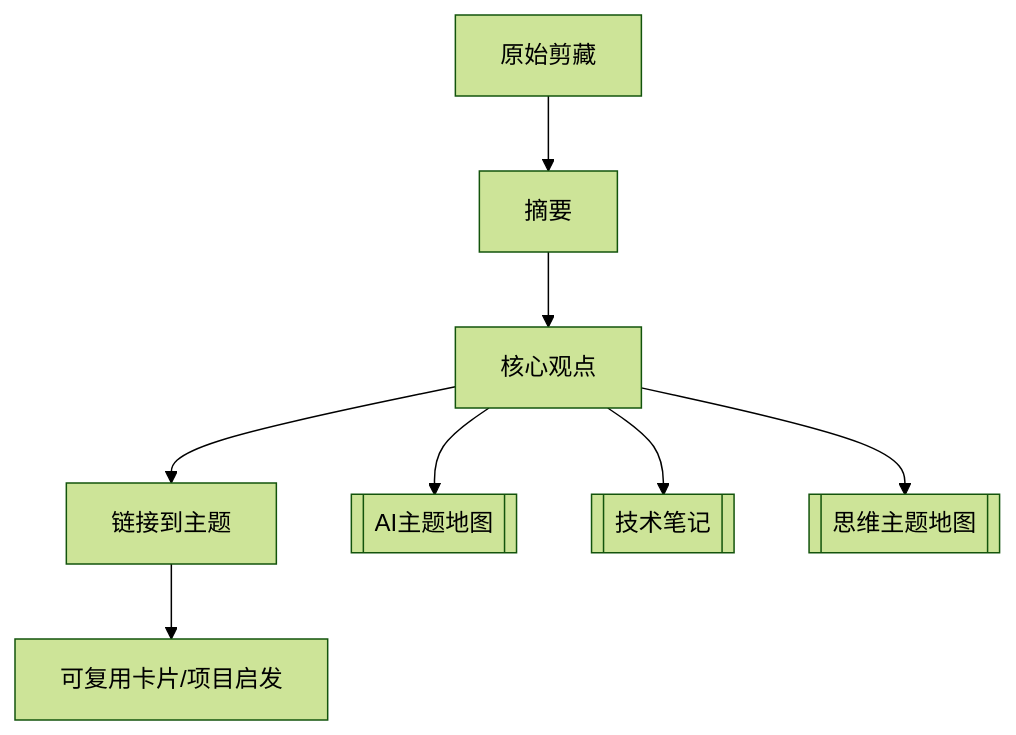
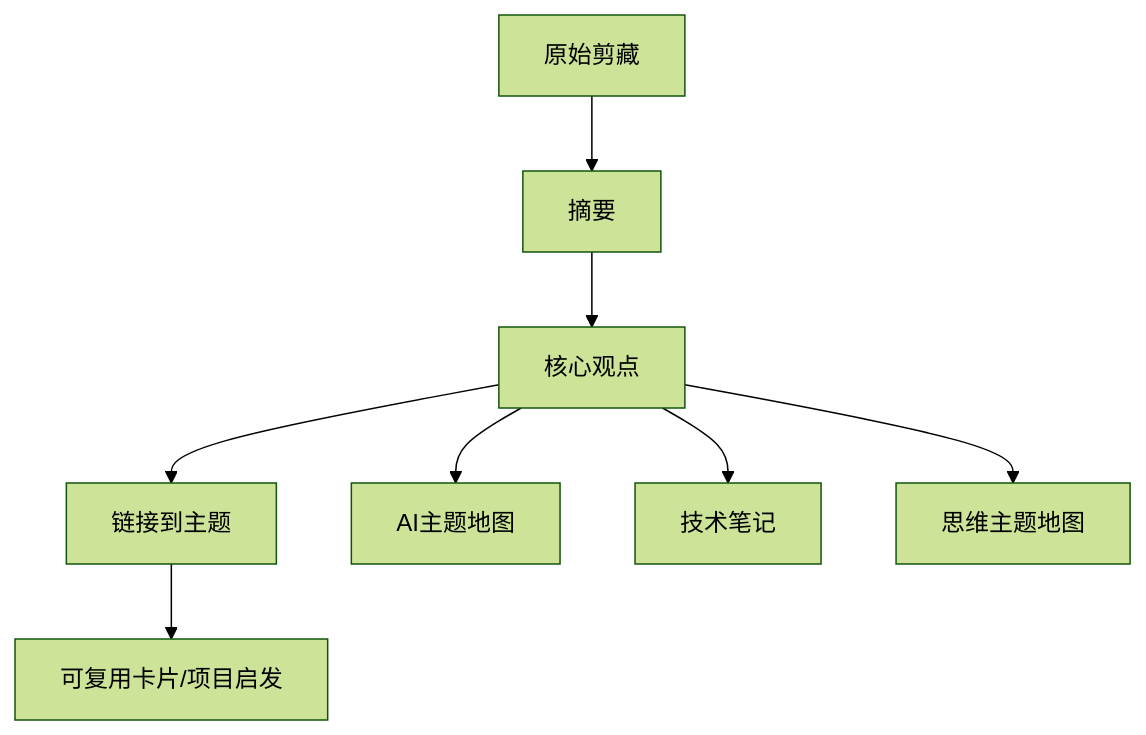
One commit to mjs618/Obsidian changed the diagram in 80-Clippings/剪藏处理台.md. Above: the diagram before and after it, drawn with Mermaid (forest theme). The commit also changed 43 other files, not shown here.

````diff
--- a/80-Clippings/剪藏处理台.md
+++ b/80-Clippings/剪藏处理台.md
@@ -22,11 +22,11 @@
 ```mermaid
 flowchart TD
     Clip[原始剪藏] --> Summary[摘要]
     Summary --> Claims[核心观点]
     Claims --> Links[链接到主题]
     Links --> Output[可复用卡片/项目启发]
 
-    Claims --> AI[[AI主题地图]]
-    Claims --> Tech[[技术笔记]]
-    Claims --> Thinking[[思维主题地图]]
+    Claims --> AI["AI主题地图"]
+    Claims --> Tech["技术笔记"]
+    Claims --> Thinking["思维主题地图"]
 ```
````
